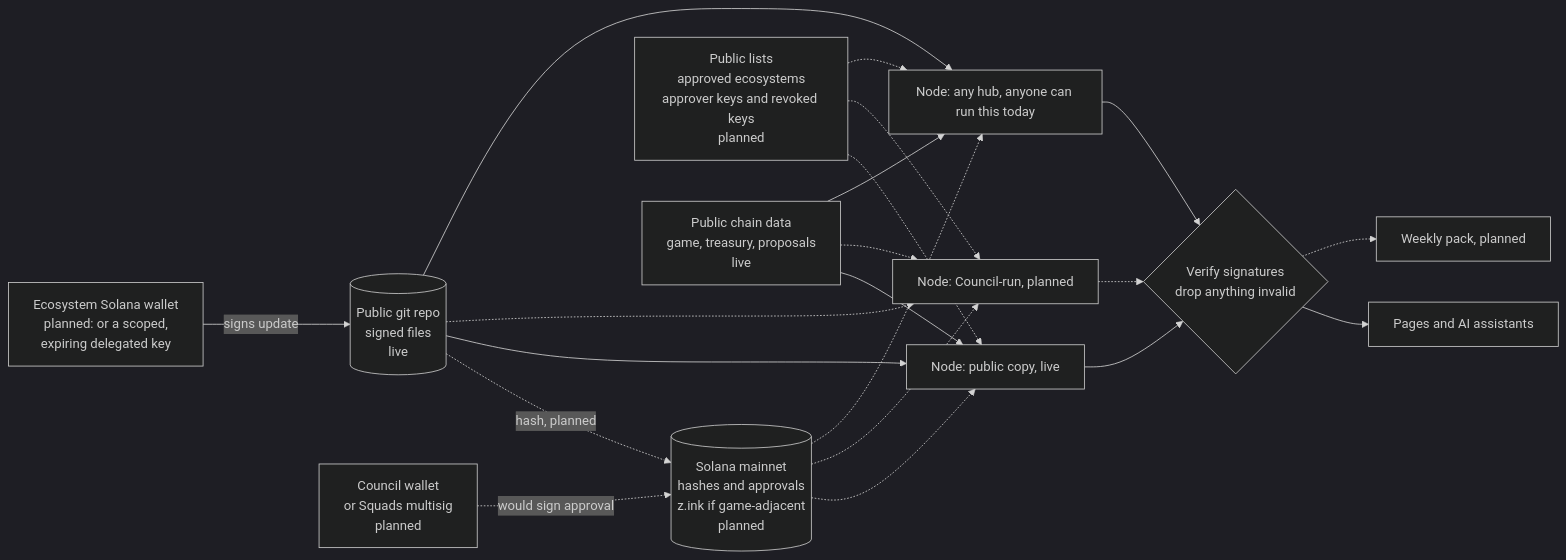
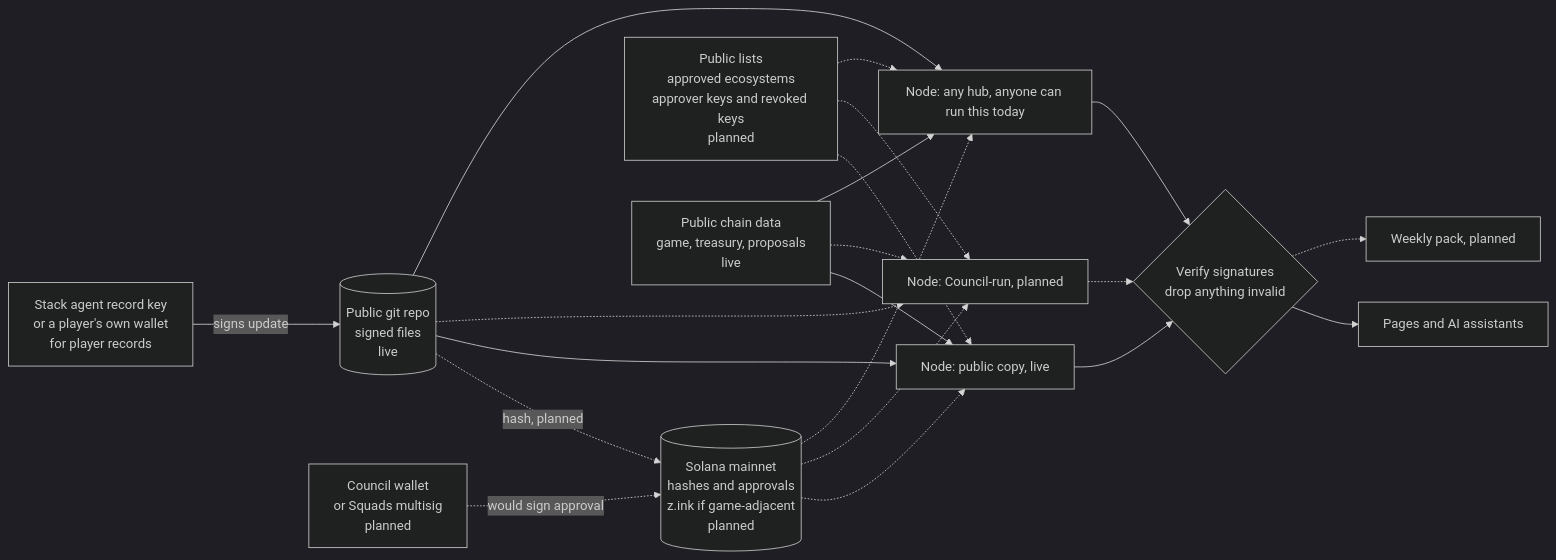
One commit to PhoenixClaw01/sa-ecosystem-node changed the second of 2 diagrams in docs/decentralization.md. Above: the diagram before and after it, drawn with Mermaid (dark theme). The commit also changed other lines of this file and 20 other files, not shown here.

````diff
--- a/docs/decentralization.md
+++ b/docs/decentralization.md
@@ -69,23 +69,23 @@
 ```mermaid
 flowchart LR
-  E[Ecosystem Solana wallet<br/>planned: or a scoped,<br/>expiring delegated key] -->|signs update| S[(Public git repo<br/>signed files<br/>live)]
+  E[Stack agent record key<br/>or a player's own wallet<br/>for player records] -->|signs update| S[(Public git repo<br/>signed files<br/>live)]
   C[Council wallet<br/>or Squads multisig<br/>planned] -.->|would sign approval| A[(Solana mainnet<br/>hashes and approvals<br/>z.ink if game-adjacent<br/>planned)]
   S -.->|hash, planned| A
   A -.-> N1
   A -.-> N2
   A -.-> N3
   L[Public lists<br/>approved ecosystems<br/>approver keys and revoked keys<br/>planned] -.-> N1
   L -.-> N2
   L -.-> N3
   S --> N1["Node: public copy, live"]
   S -.-> N2["Node: Council-run, planned"]
   S --> N3["Node: any hub, anyone can run this today"]
   CH[Public chain data<br/>game, treasury, proposals<br/>live] --> N1
   CH -.-> N2
   CH --> N3
   N1 --> V{Verify signatures<br/>drop anything invalid}
   N2 -.-> V
   N3 --> V
   V --> D[Pages and AI assistants]
   V -.-> W["Weekly pack, planned"]
 ```
````
